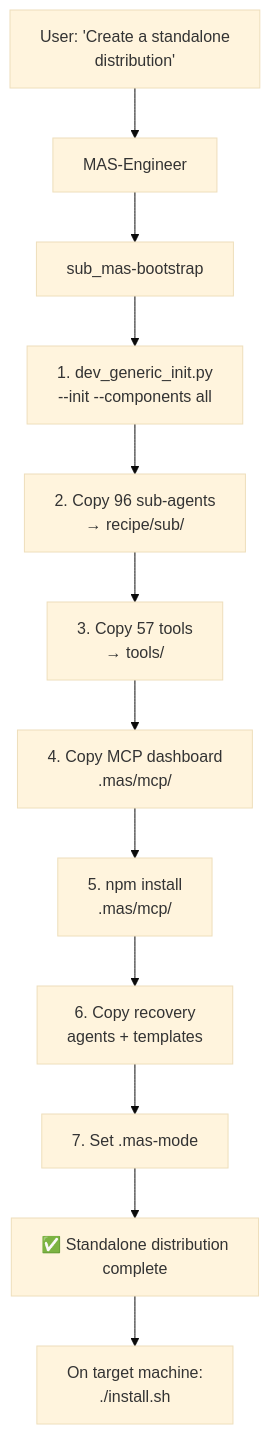
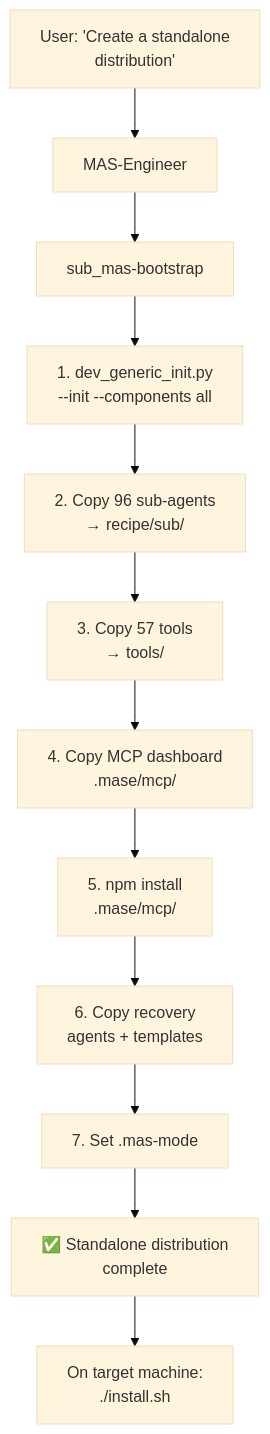
One commit to mczardybon/mas-engineer changed the third of 4 diagrams in docs/usage.md. Above: the diagram before and after it, drawn with Mermaid (base theme). The commit also changed 380 other files, not shown here.

First line of the commit message:
🔧 R110-140 — merge all dot-directories into mas-engineer/.mase/ (323 files, +1459/-1456)

````diff
--- a/docs/usage.md
+++ b/docs/usage.md
@@ -187,14 +187,14 @@
 ```mermaid
 flowchart TD
     USER["User: 'Create a standalone\ndistribution'"] --> ENGINEER["MAS-Engineer"]
     ENGINEER --> BOOTSTRAP["sub_mas-bootstrap"]
     BOOTSTRAP --> GEN["1. dev_generic_init.py\n--init --components all"]
     GEN --> AGENTS["2. Copy 96 sub-agents\n→ recipe/sub/"]
     AGENTS --> TOOLS["3. Copy 57 tools\n→ tools/"]
-    TOOLS --> MCP["4. Copy MCP dashboard\n.mas/mcp/"]
-    MCP --> NPM["5. npm install\n.mas/mcp/"]
+    TOOLS --> MCP["4. Copy MCP dashboard\n.mase/mcp/"]
+    MCP --> NPM["5. npm install\n.mase/mcp/"]
     NPM --> RECOVERY["6. Copy recovery\nagents + templates"]
     RECOVERY --> MODE["7. Set .mas-mode"]
     MODE --> DONE["✅ Standalone distribution\ncomplete"]
     DONE --> INSTALL["On target machine:\n./install.sh"]
 ```
````
